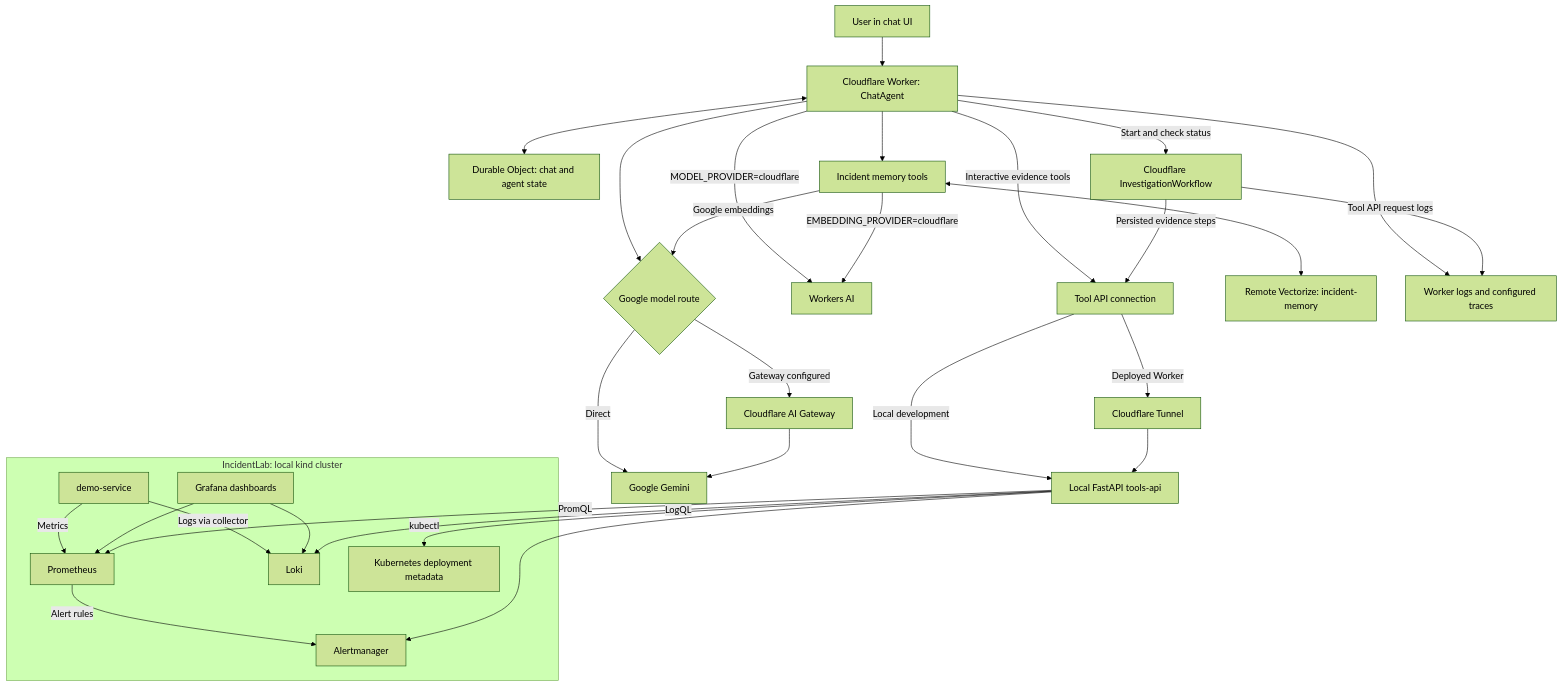
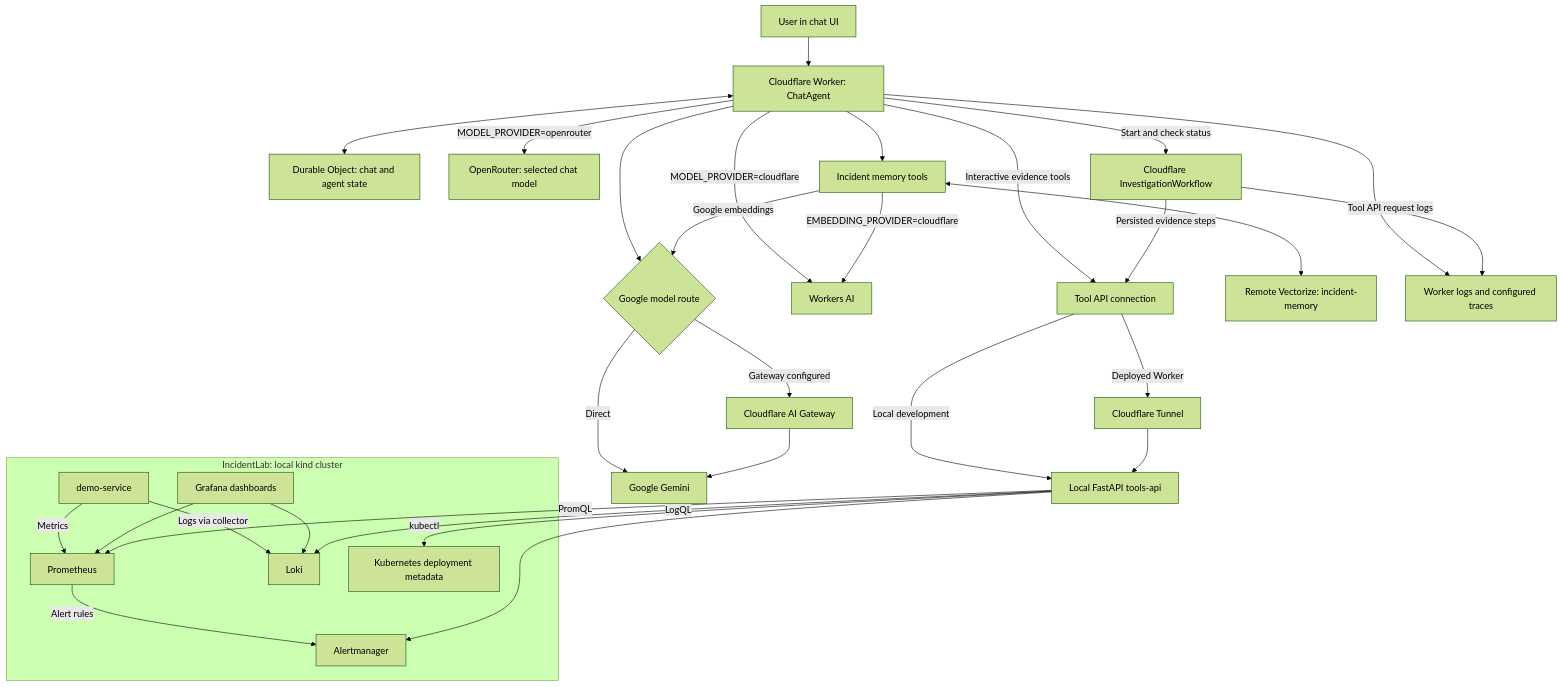
Before and after one commit to EngineeredByVignesh/TraceRoot: the diagram in ARCHITECTURE.md, drawn with Mermaid (forest theme). The commit also changed other lines of this file and 8 other files, not shown here.

Commit message:
feat: add openrouter provider

````diff
--- a/ARCHITECTURE.md
+++ b/ARCHITECTURE.md
@@ -7,45 +7,46 @@
 ```mermaid
 flowchart TD
     User[User in chat UI] --> Agent[Cloudflare Worker: ChatAgent]
     Agent <--> State[Durable Object: chat and agent state]
 
     Agent --> GoogleRoute{Google model route}
     GoogleRoute -->|Gateway configured| Gateway[Cloudflare AI Gateway]
     GoogleRoute -->|Direct| Gemini[Google Gemini]
     Gateway --> Gemini
     Agent -->|MODEL_PROVIDER=cloudflare| WorkersAI[Workers AI]
+    Agent -->|MODEL_PROVIDER=openrouter| OpenRouter[OpenRouter: selected chat model]
 
     Agent -->|Interactive evidence tools| APIPath[Tool API connection]
     Agent -->|Start and check status| Workflow[Cloudflare InvestigationWorkflow]
     Workflow -->|Persisted evidence steps| APIPath
     APIPath -->|Local development| API[Local FastAPI tools-api]
     APIPath -->|Deployed Worker| Tunnel[Cloudflare Tunnel]
     Tunnel --> API
 
     subgraph Lab[IncidentLab: local kind cluster]
         Demo[demo-service]
         Prometheus[Prometheus]
         Loki[Loki]
         Alerts[Alertmanager]
         K8s[Kubernetes deployment metadata]
         Grafana[Grafana dashboards]
         Demo -->|Metrics| Prometheus
         Demo -->|Logs via collector| Loki
         Prometheus -->|Alert rules| Alerts
         Grafana --> Prometheus
         Grafana --> Loki
     end
 
     API -->|PromQL| Prometheus
     API -->|LogQL| Loki
     API --> Alerts
     API -->|kubectl| K8s
 
     Agent --> Memory[Incident memory tools]
     Memory -->|Google embeddings| GoogleRoute
     Memory -->|EMBEDDING_PROVIDER=cloudflare| WorkersAI
     Memory <--> Vectorize[Remote Vectorize: incident-memory]
 
     Agent --> Telemetry[Worker logs and configured traces]
     Workflow -->|Tool API request logs| Telemetry
 ```
````
